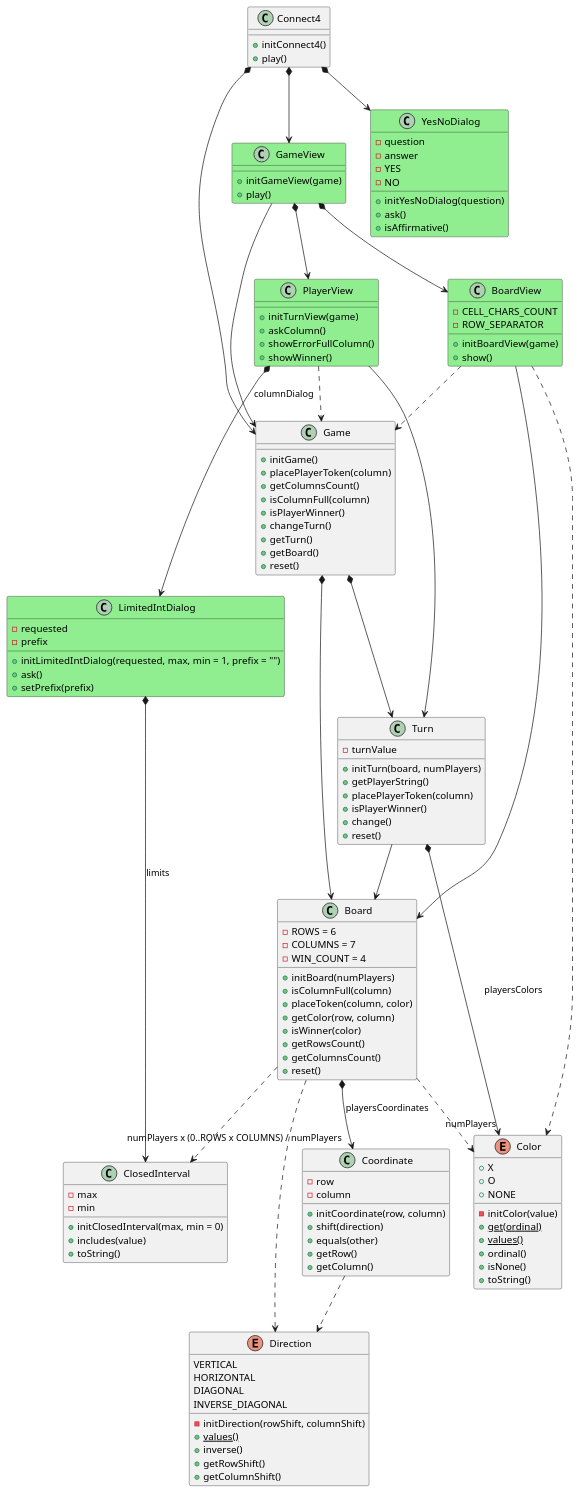
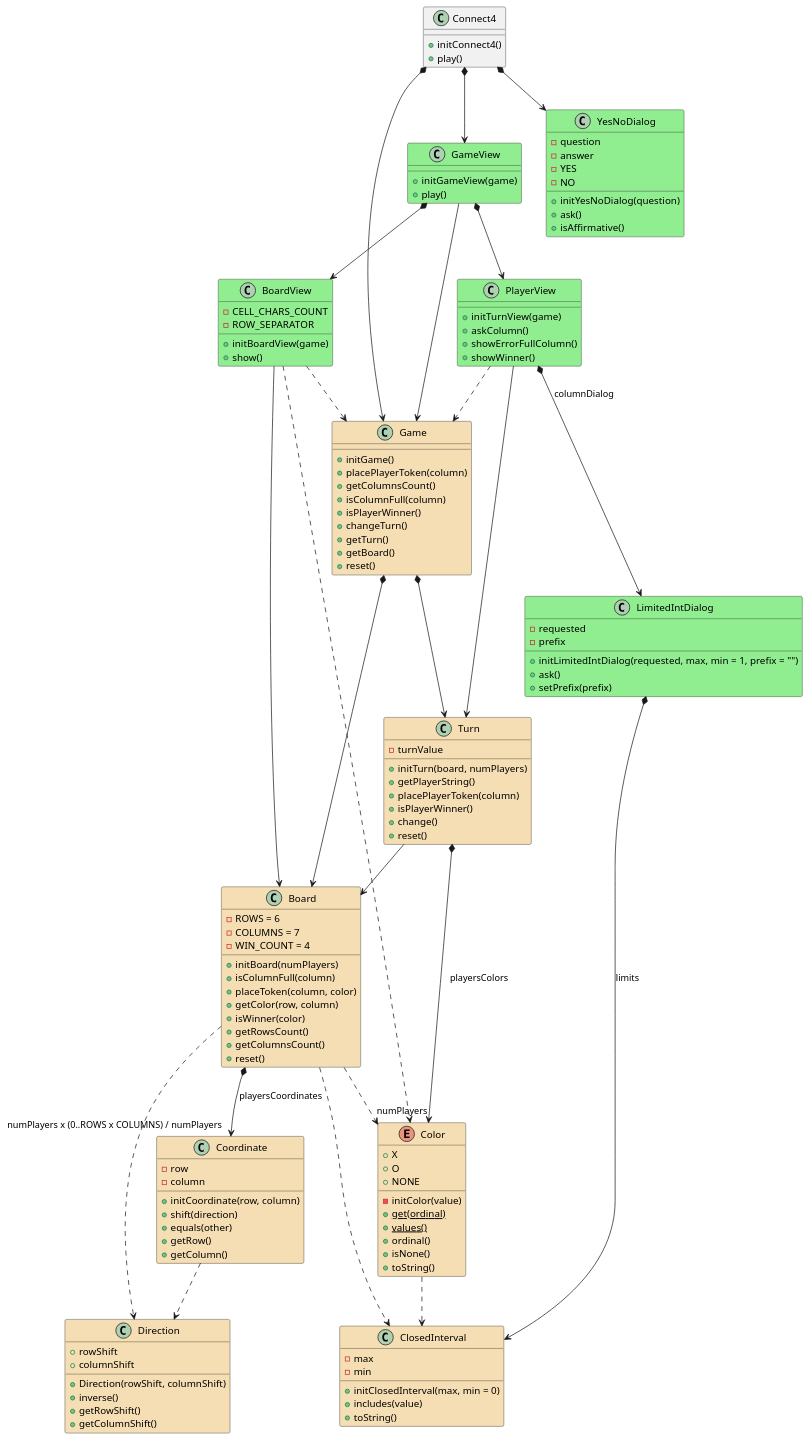
One commit to PabloMartinFluvia/myGame-connect4 changed the diagram in docs/dev-resume/src/analysis.plantuml. Above: the diagram before and after it, drawn with PlantUML. The commit also changed 3 other files, not shown here.

```diff
--- a/docs/dev-resume/src/analysis.plantuml
+++ b/docs/dev-resume/src/analysis.plantuml
@@ -1,165 +1,163 @@
 @startuml analysis
 
 class Connect4 {
 
     + initConnect4()
     + play()
 }
 Connect4 *--> Game
 Connect4 *--> GameView
 Connect4 *--> YesNoDialog
 
 class YesNoDialog #LightGreen {  
     - question
     - answer   
     - YES
     - NO
 
     + initYesNoDialog(question)
     + ask()
     + isAffirmative()
 }
 
 
 
 
 
 
 
 class GameView #LightGreen {
     + initGameView(game)
     + play()
 }
 GameView --> Game
 GameView *--> PlayerView
 GameView *--> BoardView
 
-class Game {     
+class Game #Wheat{     
 
     + initGame()
     + placePlayerToken(column)
     + getColumnsCount()
     + isColumnFull(column)
     + isPlayerWinner()    
     + changeTurn()
     + getTurn()
     + getBoard()
     + reset()
 }
 Game *--> Turn
 Game *--> Board
 
 class PlayerView #LightGreen {
     + initTurnView(game)
     + askColumn()
     + showErrorFullColumn()
     + showWinner()
 }
 PlayerView --> Turn
 PlayerView ..> Game
 PlayerView *--> LimitedIntDialog : columnDialog
 
-class Turn {
+class Turn #Wheat{
     - turnValue
 
     + initTurn(board, numPlayers)  
     + getPlayerString()      
     + placePlayerToken(column)        
     + isPlayerWinner()
     + change()   
     + reset() 
 }
 Turn *--> "numPlayers" Color : playersColors
 Turn --> Board
 
 class BoardView #LightGreen {
     - CELL_CHARS_COUNT
     - ROW_SEPARATOR
 
     + initBoardView(game)
     + show()
 }
 BoardView --> Board
 BoardView ..> Color
 BoardView ..> Game
 
-class Board {
+class Board #Wheat{
     - ROWS = 6
     - COLUMNS = 7
     - WIN_COUNT = 4
     
     + initBoard(numPlayers)
     + isColumnFull(column)
     + placeToken(column, color)
     + getColor(row, column)
     + isWinner(color)    
     + getRowsCount()
     + getColumnsCount()
     + reset()
 }
 Board *--> "numPlayers x (0..ROWS x COLUMNS) / numPlayers" Coordinate : playersCoordinates
 Board ..> ClosedInterval
 Board ..> Direction
 Board ..> Color
 
-class Coordinate {
+class Coordinate #Wheat{
     - row
     - column 
 
     + initCoordinate(row, column)
     + shift(direction)
     + equals(other)   
     + getRow()
     + getColumn()
 }
 Coordinate ..> Direction
 
-class ClosedInterval {
+class ClosedInterval #Wheat{
     - max
     - min
 
     + initClosedInterval(max, min = 0)
     + includes(value)
     + toString()
 }
 
-enum Direction {
-    VERTICAL
-    HORIZONTAL
-    DIAGONAL
-    INVERSE_DIAGONAL
+class Direction #Wheat{
+    + rowShift
+    + columnShift
 
-    - initDirection(rowShift, columnShift)
-    + {static} values()
+    + Direction(rowShift, columnShift)
     + inverse()
     + getRowShift()
     + getColumnShift()
 }
 
 
-enum Color {
+enum Color #Wheat{
     + X
     + O   
     + NONE 
 
     - initColor(value)
     + {static} get(ordinal) 
     + {static} values()  
     + ordinal()
     + isNone()
     + toString()
 }
+Color ..> ClosedInterval
 
 
 
 class LimitedIntDialog #LightGreen {
     - requested
     - prefix
     
     + initLimitedIntDialog(requested, max, min = 1, prefix = "") 
     + ask()
     + setPrefix(prefix)
 }
 LimitedIntDialog *--> ClosedInterval : limits
 
 @enduml
```
